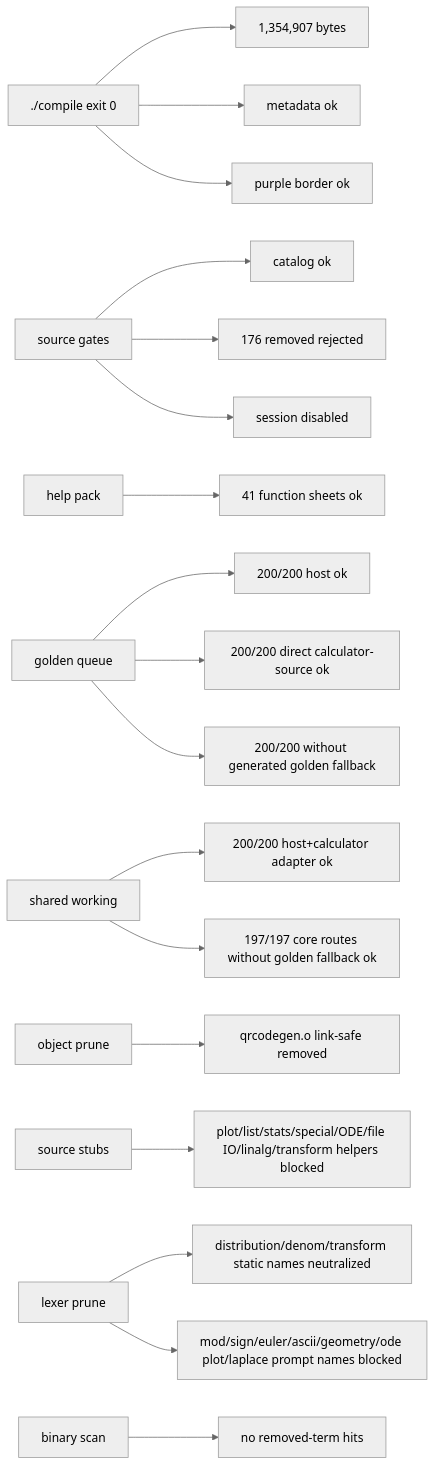
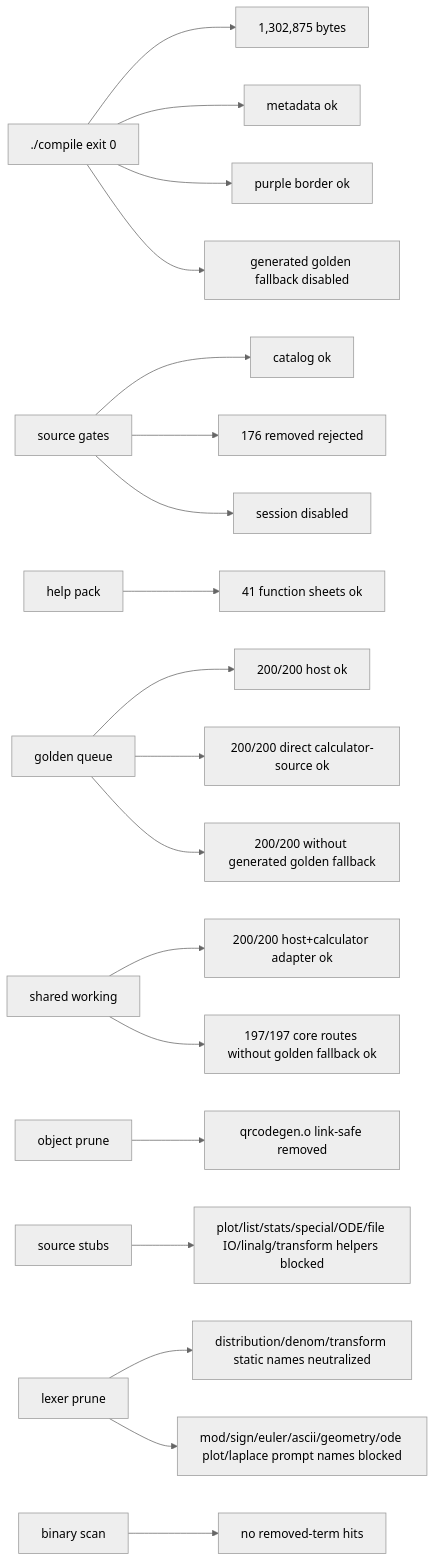
One commit to james8464/notes-addin-casio-fx-cg50 changed the seventh of 7 diagrams in docs/GRAPH.md. Above: the diagram before and after it, drawn with Mermaid (neutral theme). The commit also changed other lines of this file and 5 other files, not shown here.

Commit message:
build: disable generated golden fallback

````diff
--- a/docs/GRAPH.md
+++ b/docs/GRAPH.md
@@ -155,20 +155,21 @@
 ```mermaid
 graph LR
-  Build["./compile exit 0"] --> Size["1,354,907 bytes"]
+  Build["./compile exit 0"] --> Size["1,302,875 bytes"]
   Build --> Meta["metadata ok"]
   Build --> Border["purple border ok"]
+  Build --> NoRuntimeFallback["generated golden fallback disabled"]
   Source["source gates"] --> Catalog["catalog ok"]
   Source --> Removed["176 removed rejected"]
   Source --> Session["session disabled"]
   Help["help pack"] --> HelpQ["41 function sheets ok"]
   Queue["golden queue"] --> QueueRun["200/200 host ok"]
   Queue --> GoldenRun["200/200 direct calculator-source ok"]
   Queue --> NoGolden["200/200 without generated golden fallback"]
   Shared["shared working"] --> SharedRun["200/200 host+calculator adapter ok"]
   Shared --> CoreRun["197/197 core routes without golden fallback ok"]
   Obj["object prune"] --> QR["qrcodegen.o link-safe removed"]
   Macro["source stubs"] --> Stubbed["plot/list/stats/special/ODE/file IO/linalg/transform helpers blocked"]
   Static["lexer prune"] --> StaticRun["distribution/denom/transform static names neutralized"]
   Static --> PromptRun["mod/sign/euler/ascii/geometry/ode plot/laplace prompt names blocked"]
   Bin["binary scan"] --> NoLeak["no removed-term hits"]
 ```
````
